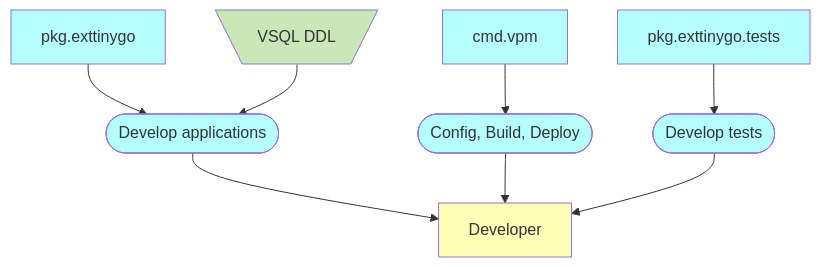
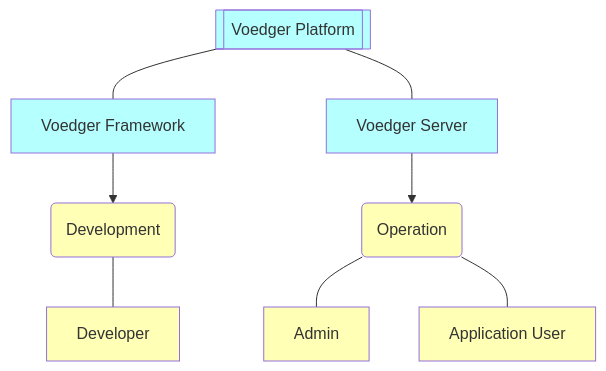
Before and after one commit to voedger/voedger-internals: the diagram in README.md, drawn with Mermaid. The commit also changed other lines of this file and 2 other files, not shown here.

Commit message:
Update Voedger Platform documentation

````diff
--- a/README.md
+++ b/README.md
@@ -13,35 +7,34 @@
 ```mermaid
     graph TD
 
     %% Entities ====================
 
+    Voedger[["Voedger Platform"]]:::S
+    VoedgerFramework["Voedger Framework"]:::S
+    VoedgerServer["Voedger Server"]:::S
+
+    Operation(Operation):::B
+    Development(Development):::B
+
+    Admin[Admin]:::B
+    User[Application User]:::B
     Developer[Developer]:::B
-    DevelopTests([Develop tests]):::S
-    DevelopApps([Develop applications]):::S
-
-    vsqlddl[\VSQL DDL/]:::H  
-    pkg.exttinygo:::S
-    pkg.exttinygo.tests:::S
-    cmd.vpm:::S
-
-    CBD([Config, Build, Deploy]):::S
-
 
     %% Relations ====================
 
-    pkg.exttinygo --> DevelopApps
-    vsqlddl --> DevelopApps
-    
-    pkg.exttinygo.tests --> DevelopTests
+    Voedger --- VoedgerFramework
+    Voedger --- VoedgerServer
 
-    cmd.vpm --> CBD
+    VoedgerServer --> Operation
+    VoedgerFramework --> Development
 
-    DevelopApps --> Developer
-    CBD --> Developer
-    DevelopTests --> Developer
+    Development --- Developer
+    Operation --- Admin
+    Operation --- User
+
 
     classDef B fill:#FFFFB5,color:#333
     classDef S fill:#B5FFFF,color:#333
     classDef H fill:#C9E7B7,color:#333
     classDef G fill:#ffffff15, stroke:#999, stroke-width:2px, stroke-dasharray: 5 5
 ```
````
